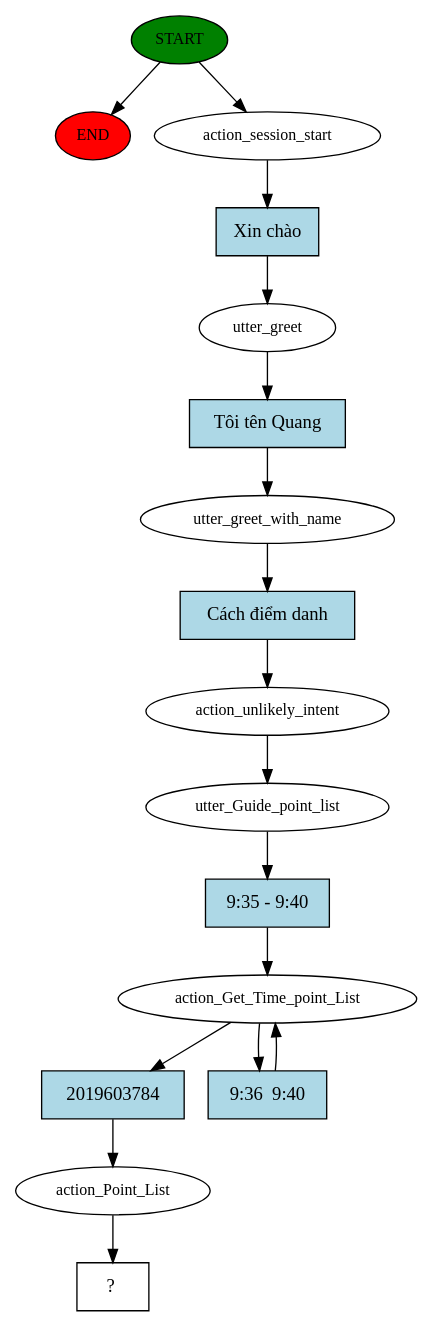
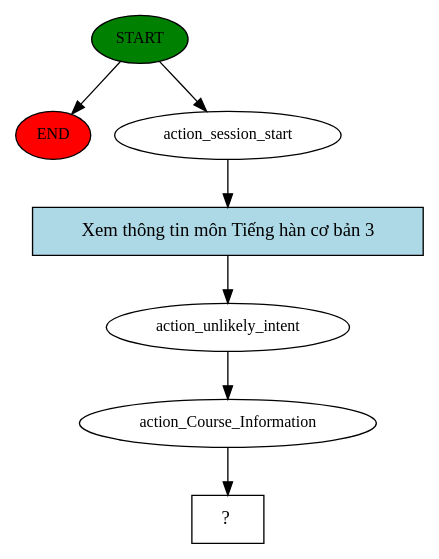
One commit to AnhVuTuan13/Chatbots_for_online_learning changed the diagram in Rasa_X/story_graph.dot. Above: the diagram before and after it, drawn with Graphviz. The commit also changed 17 other files, not shown here.

```diff
--- a/Rasa_X/story_graph.dot
+++ b/Rasa_X/story_graph.dot
@@ -1,34 +1,15 @@
 digraph  {
 0 [class="start active", fillcolor=green, fontsize=12, label=START, style=filled];
 "-1" [class=end, fillcolor=red, fontsize=12, label=END, style=filled];
 1 [class=active, fontsize=12, label=action_session_start];
-2 [class=active, fontsize=12, label=utter_greet];
-3 [class=active, fontsize=12, label=utter_greet_with_name];
-4 [class=active, fontsize=12, label=action_unlikely_intent];
-5 [class=active, fontsize=12, label=utter_Guide_point_list];
-6 [class=active, fontsize=12, label=action_Get_Time_point_List];
-8 [class=active, fontsize=12, label=action_Point_List];
-9 [class="intent dashed active", label="  ?  ", shape=rect];
-10 [class="intent active", fillcolor=lightblue, label="Xin chào", shape=rect, style=filled];
-11 [class="intent active", fillcolor=lightblue, label="Tôi tên Quang", shape=rect, style=filled];
-12 [class="intent active", fillcolor=lightblue, label="Cách điểm danh", shape=rect, style=filled];
-13 [class="intent active", fillcolor=lightblue, label="9:35 - 9:40", shape=rect, style=filled];
-14 [class="intent active", fillcolor=lightblue, label=2019603784, shape=rect, style=filled];
-15 [class="intent active", fillcolor=lightblue, label="9:36  9:40", shape=rect, style=filled];
+2 [class=active, fontsize=12, label=action_unlikely_intent];
+3 [class=active, fontsize=12, label=action_Course_Information];
+4 [class="intent dashed active", label="  ?  ", shape=rect];
+5 [class="intent active", fillcolor=lightblue, label="Xem thông tin môn Tiếng hàn cơ bản 3", shape=rect, style=filled];
 0 -> "-1"  [class="", key=NONE, label=""];
 0 -> 1  [class=active, key=NONE, label=""];
-1 -> 10  [class=active, key=0];
-2 -> 11  [class=active, key=0];
-3 -> 12  [class=active, key=0];
-4 -> 5  [class=active, key=NONE, label=""];
-5 -> 13  [class=active, key=0];
-6 -> 14  [class=active, key=0];
-6 -> 15  [class=active, key=0];
-8 -> 9  [class=active, key=NONE, label=""];
-10 -> 2  [class=active, key=0];
-11 -> 3  [class=active, key=0];
-12 -> 4  [class=active, key=0];
-13 -> 6  [class=active, key=0];
-14 -> 8  [class=active, key=0];
-15 -> 6  [class=active, key=0];
+1 -> 5  [class=active, key=0];
+2 -> 3  [class=active, key=NONE, label=""];
+3 -> 4  [class=active, key=NONE, label=""];
+5 -> 2  [class=active, key=0];
 }
```
